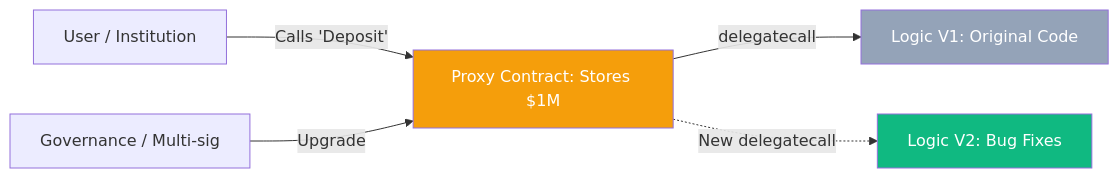
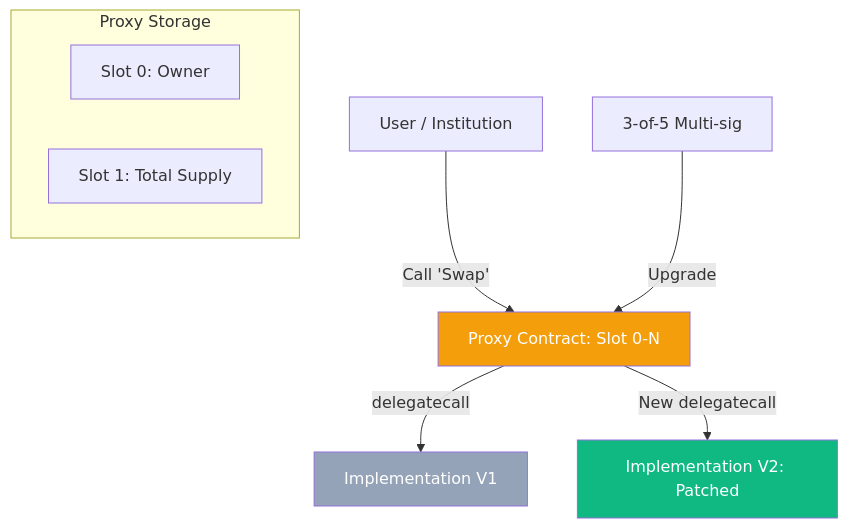
Before and after one commit to russiankendricklamar/LLM-Wiki: the diagram in obsidian-vault/en/finance/defi/contract-upgradeability.md, drawn with Mermaid. The commit also changed other lines of this file and 23 other files, not shown here.

````diff
--- a/obsidian-vault/en/finance/defi/contract-upgradeability.md
+++ b/obsidian-vault/en/finance/defi/contract-upgradeability.md
@@ -54,11 +55,17 @@
 ```mermaid
-graph LR
-    User[User / Institution] -->|Calls 'Deposit'| Proxy[Proxy Contract: Stores $1M]
-    Proxy -->|delegatecall| ImplV1[Logic V1: Original Code]
-    Admin[Governance / Multi-sig] -->|Upgrade| Proxy
-    Proxy -.->|New delegatecall| ImplV2[Logic V2: Bug Fixes]
+graph TD
+    User[User / Institution] -->|Call 'Swap'| Proxy[Proxy Contract: Slot 0-N]
+    Proxy -->|delegatecall| Impl[Implementation V1]
+    
+    Admin[3-of-5 Multi-sig] -->|Upgrade| Proxy
+    Proxy -->|New delegatecall| NewImpl[Implementation V2: Patched]
+    
+    subgraph Storage_Context [Proxy Storage]
+        S0[Slot 0: Owner]
+        S1[Slot 1: Total Supply]
+    end
     
     style Proxy fill:#f59e0b,color:#fff
-    style ImplV1 fill:#94a3b8,color:#fff
-    style ImplV2 fill:#10b981,color:#fff
+    style Impl fill:#94a3b8,color:#fff
+    style NewImpl fill:#10b981,color:#fff
 ```
````
